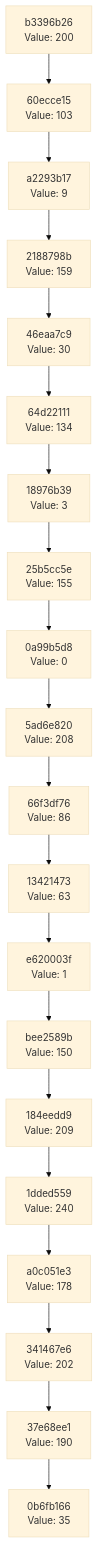
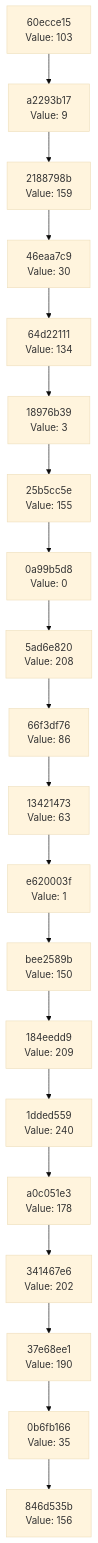
The diagram in docs/CHAIN_VISUALIZATION.md (Abhisheksinha1506/hash-chain-evolver), drawn with Mermaid (base theme) before and after one commit. The commit also changed 3 other files, not shown here.

````diff
--- a/docs/CHAIN_VISUALIZATION.md
+++ b/docs/CHAIN_VISUALIZATION.md
@@ -3,42 +3,42 @@
 ```mermaid
 graph TD
-    C0["0b6fb166<br/>Value: 35"]
-    C1["37e68ee1<br/>Value: 190"]
+    C0["846d535b<br/>Value: 156"]
+    C1["0b6fb166<br/>Value: 35"]
     C1 --> C0
-    C2["341467e6<br/>Value: 202"]
+    C2["37e68ee1<br/>Value: 190"]
     C2 --> C1
-    C3["a0c051e3<br/>Value: 178"]
+    C3["341467e6<br/>Value: 202"]
     C3 --> C2
-    C4["1dded559<br/>Value: 240"]
+    C4["a0c051e3<br/>Value: 178"]
     C4 --> C3
-    C5["184eedd9<br/>Value: 209"]
+    C5["1dded559<br/>Value: 240"]
     C5 --> C4
-    C6["bee2589b<br/>Value: 150"]
+    C6["184eedd9<br/>Value: 209"]
     C6 --> C5
-    C7["e620003f<br/>Value: 1"]
+    C7["bee2589b<br/>Value: 150"]
     C7 --> C6
-    C8["13421473<br/>Value: 63"]
+    C8["e620003f<br/>Value: 1"]
     C8 --> C7
-    C9["66f3df76<br/>Value: 86"]
+    C9["13421473<br/>Value: 63"]
     C9 --> C8
-    C10["5ad6e820<br/>Value: 208"]
+    C10["66f3df76<br/>Value: 86"]
     C10 --> C9
-    C11["0a99b5d8<br/>Value: 0"]
+    C11["5ad6e820<br/>Value: 208"]
     C11 --> C10
-    C12["25b5cc5e<br/>Value: 155"]
+    C12["0a99b5d8<br/>Value: 0"]
     C12 --> C11
-    C13["18976b39<br/>Value: 3"]
+    C13["25b5cc5e<br/>Value: 155"]
     C13 --> C12
-    C14["64d22111<br/>Value: 134"]
+    C14["18976b39<br/>Value: 3"]
     C14 --> C13
-    C15["46eaa7c9<br/>Value: 30"]
+    C15["64d22111<br/>Value: 134"]
     C15 --> C14
-    C16["2188798b<br/>Value: 159"]
+    C16["46eaa7c9<br/>Value: 30"]
     C16 --> C15
-    C17["a2293b17<br/>Value: 9"]
+    C17["2188798b<br/>Value: 159"]
     C17 --> C16
-    C18["60ecce15<br/>Value: 103"]
+    C18["a2293b17<br/>Value: 9"]
     C18 --> C17
-    C19["b3396b26<br/>Value: 200"]
+    C19["60ecce15<br/>Value: 103"]
     C19 --> C18
 ```
````
